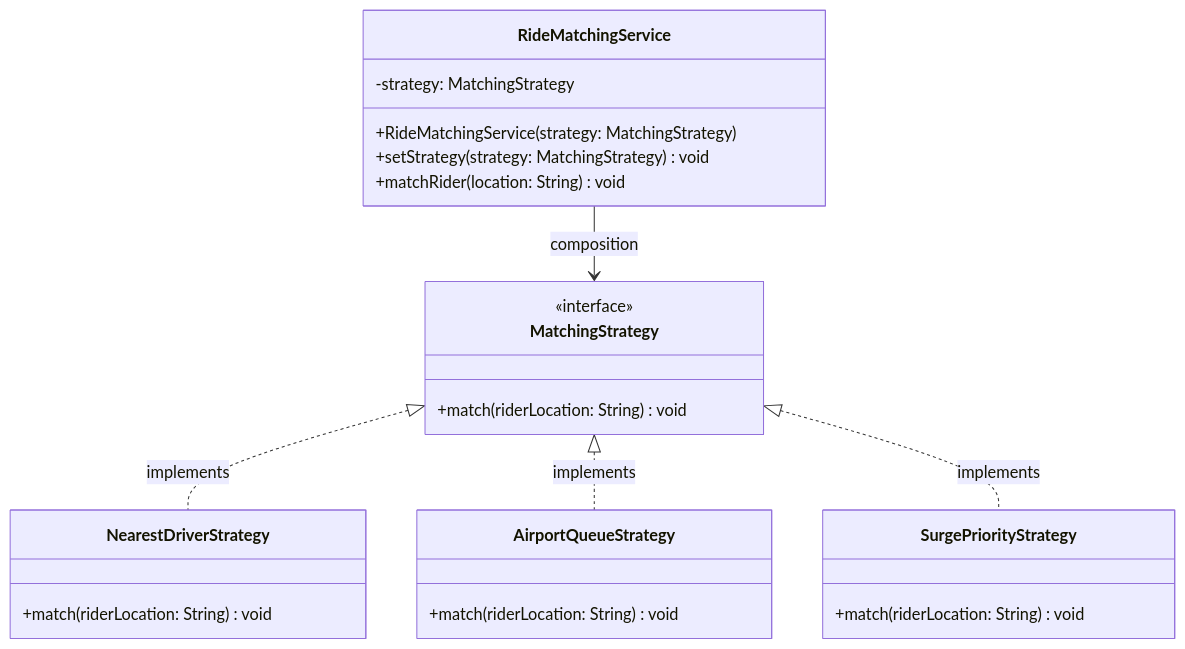
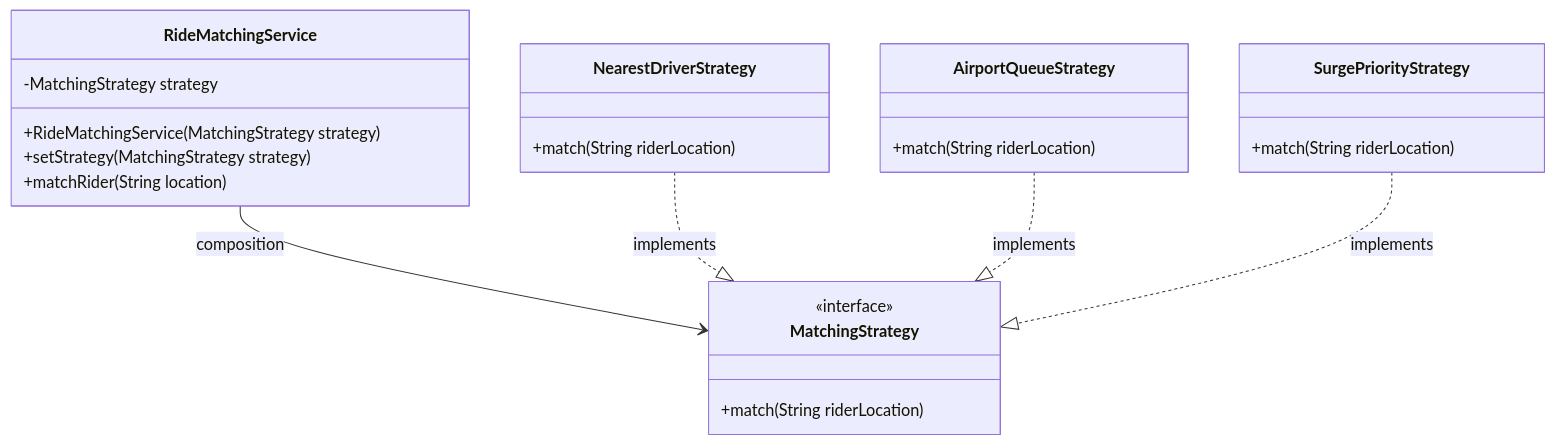
One commit to rizonkumar/solid-design-patterns changed the diagram in src/DesignPatterns/BehaviouralPatterns/NEW/StrageyPattern/StrategyPatternDesignPatternGuide.md. Above: the diagram before and after it, drawn with Mermaid. The commit also changed other lines of this file and 3 other files, not shown here.

Commit message:
chore: clean up markdown documentation by removing citation tags and standardizing Mermaid diagrams for behavioral pattern guides.

````diff
--- a/src/DesignPatterns/BehaviouralPatterns/NEW/StrageyPattern/StrategyPatternDesignPatternGuide.md
+++ b/src/DesignPatterns/BehaviouralPatterns/NEW/StrageyPattern/StrategyPatternDesignPatternGuide.md
@@ -43,27 +43,27 @@
 ```mermaid
 classDiagram
     class RideMatchingService {
-        -strategy: MatchingStrategy
-        +RideMatchingService(strategy: MatchingStrategy)
-        +setStrategy(strategy: MatchingStrategy) void
-        +matchRider(location: String) void
+        -MatchingStrategy strategy
+        +RideMatchingService(MatchingStrategy strategy)
+        +setStrategy(MatchingStrategy strategy)
+        +matchRider(String location)
     }
     class MatchingStrategy {
         <<interface>>
-        +match(riderLocation: String) void
+        +match(String riderLocation)
     }
     class NearestDriverStrategy {
-        +match(riderLocation: String) void
+        +match(String riderLocation)
     }
     class AirportQueueStrategy {
-        +match(riderLocation: String) void
+        +match(String riderLocation)
     }
     class SurgePriorityStrategy {
-        +match(riderLocation: String) void
+        +match(String riderLocation)
     }
 
     RideMatchingService --> MatchingStrategy : composition
-    MatchingStrategy <|.. NearestDriverStrategy : implements
-    MatchingStrategy <|.. AirportQueueStrategy : implements
-    MatchingStrategy <|.. SurgePriorityStrategy : implements
+    NearestDriverStrategy ..|> MatchingStrategy : implements
+    AirportQueueStrategy ..|> MatchingStrategy : implements
+    SurgePriorityStrategy ..|> MatchingStrategy : implements
 ```
````
